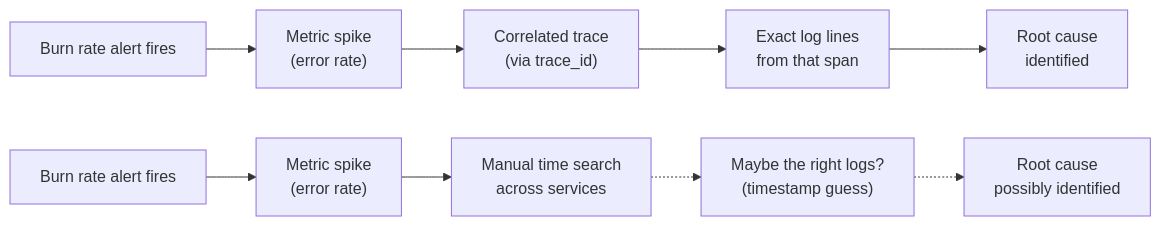
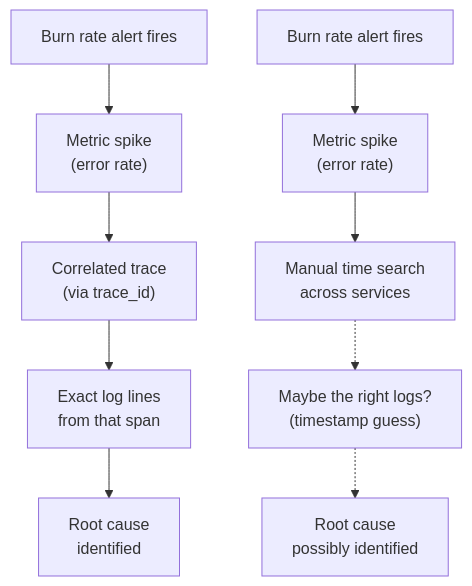
Before and after one commit to radra23/scryops-site: the diagram in content/guides/structured-logging-machine-readable.md, drawn with Mermaid. The commit also changed 49 other files, not shown here.

First line of the commit message:
fix(diagrams): fit the 18 live Mermaid diagrams that panned under the 12/14 floor

```diff
--- a/content/guides/structured-logging-machine-readable.md
+++ b/content/guides/structured-logging-machine-readable.md
@@ -86,12 +86,12 @@
 {{< mermaid caption="Fig. — A trace_id turns a burn rate alert into a straight line to root cause; without it, the same alert forces a manual, uncertain search across services." >}}
-flowchart LR
+flowchart TD
     A["Burn rate alert fires"] --> B["Metric spike<br/>(error rate)"]
     B --> C["Correlated trace<br/>(via trace_id)"]
     C --> D["Exact log lines<br/>from that span"]
     D --> E["Root cause<br/>identified"]
 
     A2["Burn rate alert fires"] --> B2["Metric spike<br/>(error rate)"]
     B2 --> C2["Manual time search<br/>across services"]
     C2 -.-> D2["Maybe the right logs?<br/>(timestamp guess)"]
     D2 -.-> E2["Root cause<br/>possibly identified"]
 {{< /mermaid >}}
```
